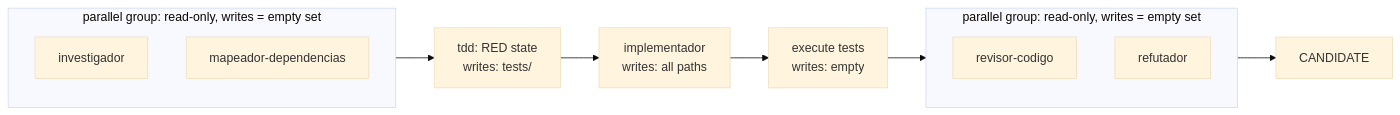
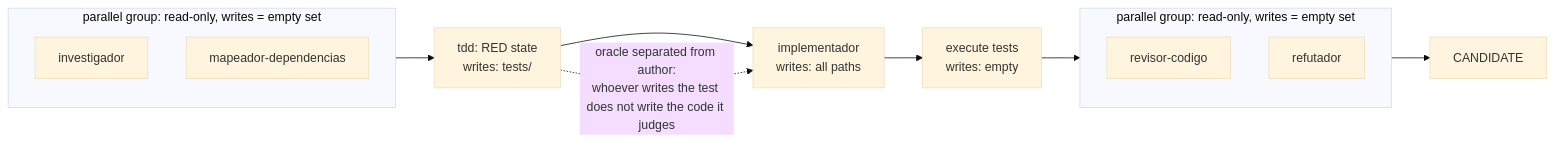
One commit to MrSchrodingers/tollens changed the second of 4 diagrams in README.md. Above: the diagram before and after it, drawn with Mermaid (base theme). The commit also changed other lines of this file and 26 other files, not shown here.

````diff
--- a/README.md
+++ b/README.md
@@ -385,16 +387,17 @@
 ```mermaid
 flowchart LR
     subgraph RO1["parallel group: read-only, writes = empty set"]
         inv["investigador"]
         map["mapeador-dependencias"]
     end
     RO1 --> RED["tdd: RED state<br/>writes: tests/"]
     RED --> IMPL["implementador<br/>writes: all paths"]
+    RED -.->|"oracle separated from author:<br/>whoever writes the test does not write the code it judges"| IMPL
     IMPL --> RUN["execute tests<br/>writes: empty"]
     subgraph RO2["parallel group: read-only, writes = empty set"]
         REV["revisor-codigo"]
         REF["refutador"]
     end
     RUN --> RO2
     RO2 --> CAND["CANDIDATE"]
 ```
````
